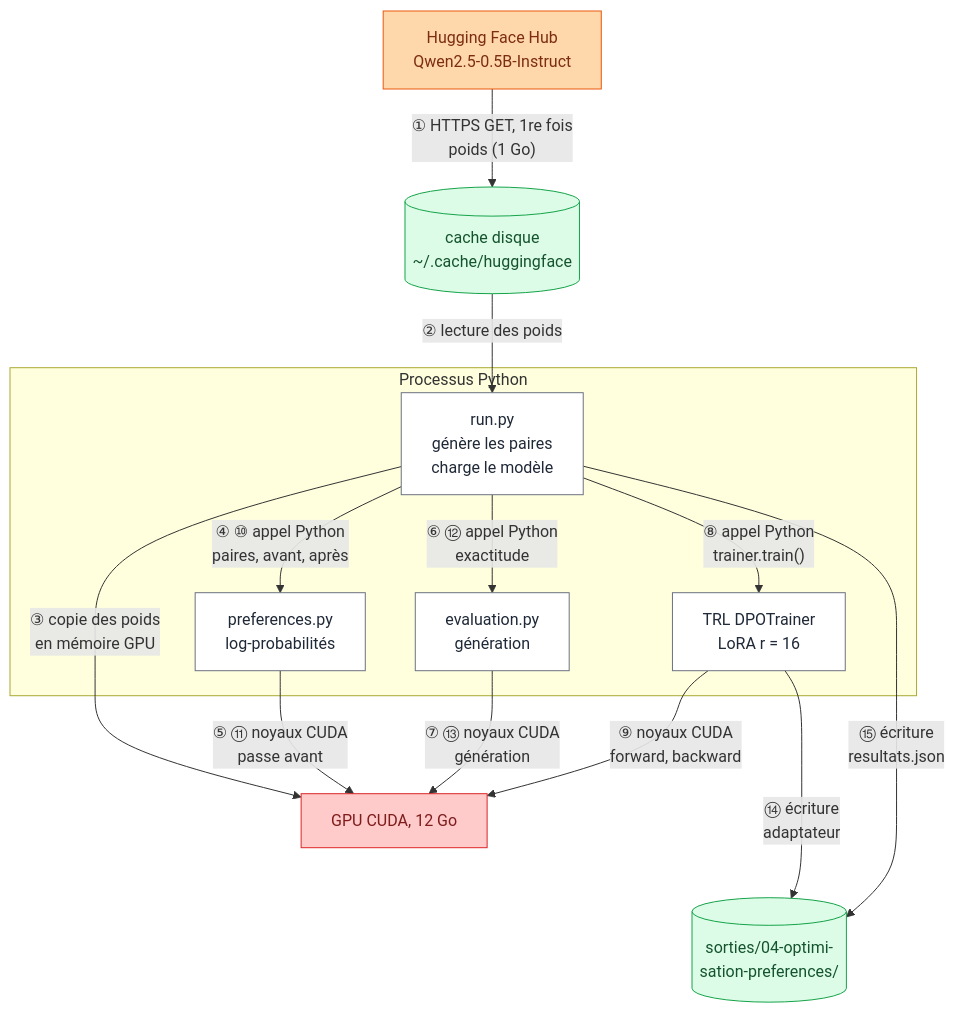
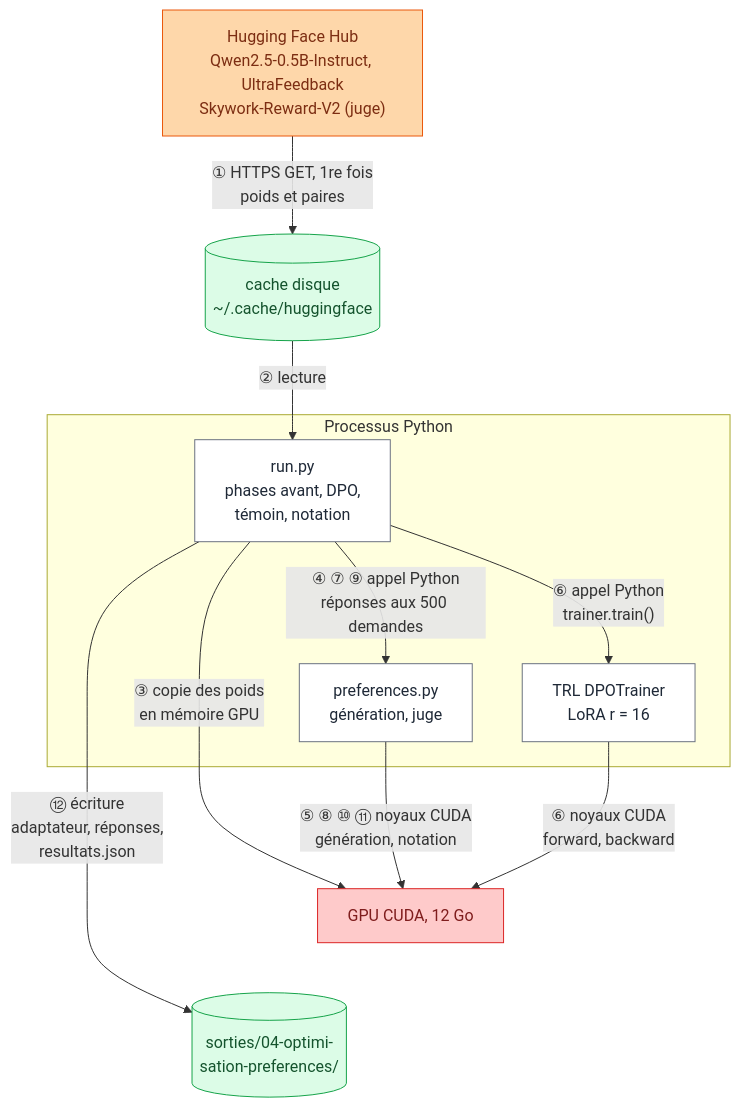
One commit to xavinsky/amelioria changed the diagram in 04-optimisation-preferences/README.md. Above: the diagram before and after it, drawn with Mermaid. The commit also changed other lines of this file and 23 other files, not shown here.

Commit message:
SIGN04 sur UltraFeedback avec juge externe et témoin SFT ; reprise des calculs interrompus

````diff
--- a/04-optimisation-preferences/README.md
+++ b/04-optimisation-preferences/README.md
@@ -58,36 +58,32 @@
 ```mermaid
 flowchart TD
   classDef externe fill:#fed7aa,stroke:#ea580c,color:#7c2d12
   classDef code fill:#ffffff,stroke:#6b7280,color:#1f2937
   classDef gpu fill:#fecaca,stroke:#dc2626,color:#7f1d1d
   classDef disque fill:#dcfce7,stroke:#16a34a,color:#14532d
 
-  Hub["Hugging Face Hub<br/>Qwen2.5-0.5B-Instruct"]
+  Hub["Hugging Face Hub<br/>Qwen2.5-0.5B-Instruct, UltraFeedback<br/>Skywork-Reward-V2 (juge)"]
   Cache[("cache disque<br/>~/.cache/huggingface")]
   subgraph Py["Processus Python"]
-    Run["run.py<br/>génère les paires<br/>charge le modèle"]
-    Pref["preferences.py<br/>log-probabilités"]
-    Ev["evaluation.py<br/>génération"]
+    Run["run.py<br/>phases avant, DPO,<br/>témoin, notation"]
+    Pref["preferences.py<br/>génération, juge"]
     TRL["TRL DPOTrainer<br/>LoRA r = 16"]
   end
   GPU["GPU CUDA, 12 Go"]
   Out[("sorties/04-optimi-<br/>sation-preferences/")]
 
-  Hub -- "① HTTPS GET, 1re fois<br/>poids (1 Go)" --> Cache
-  Cache -- "② lecture des poids" --> Run
+  Hub -- "① HTTPS GET, 1re fois<br/>poids et paires" --> Cache
+  Cache -- "② lecture" --> Run
   Run -- "③ copie des poids<br/>en mémoire GPU" --> GPU
-  Run -- "④ ⑩ appel Python<br/>paires, avant, après" --> Pref
-  Pref -- "⑤ ⑪ noyaux CUDA<br/>passe avant" --> GPU
-  Run -- "⑥ ⑫ appel Python<br/>exactitude" --> Ev
-  Ev -- "⑦ ⑬ noyaux CUDA<br/>génération" --> GPU
-  Run -- "⑧ appel Python<br/>trainer.train()" --> TRL
-  TRL -- "⑨ noyaux CUDA<br/>forward, backward" --> GPU
-  TRL -- "⑭ écriture<br/>adaptateur" --> Out
-  Run -- "⑮ écriture<br/>resultats.json" --> Out
+  Run -- "④ ⑦ ⑨ appel Python<br/>réponses aux 500 demandes" --> Pref
+  Pref -- "⑤ ⑧ ⑩ ⑪ noyaux CUDA<br/>génération, notation" --> GPU
+  Run -- "⑥ appel Python<br/>trainer.train()" --> TRL
+  TRL -- "⑥ noyaux CUDA<br/>forward, backward" --> GPU
+  Run -- "⑫ écriture<br/>adaptateur, réponses,<br/>resultats.json" --> Out
 
   GPU ~~~ Out
   class Hub externe
-  class Run,Pref,Ev,TRL code
+  class Run,Pref,TRL code
   class GPU gpu
   class Cache,Out disque
 ```
````
